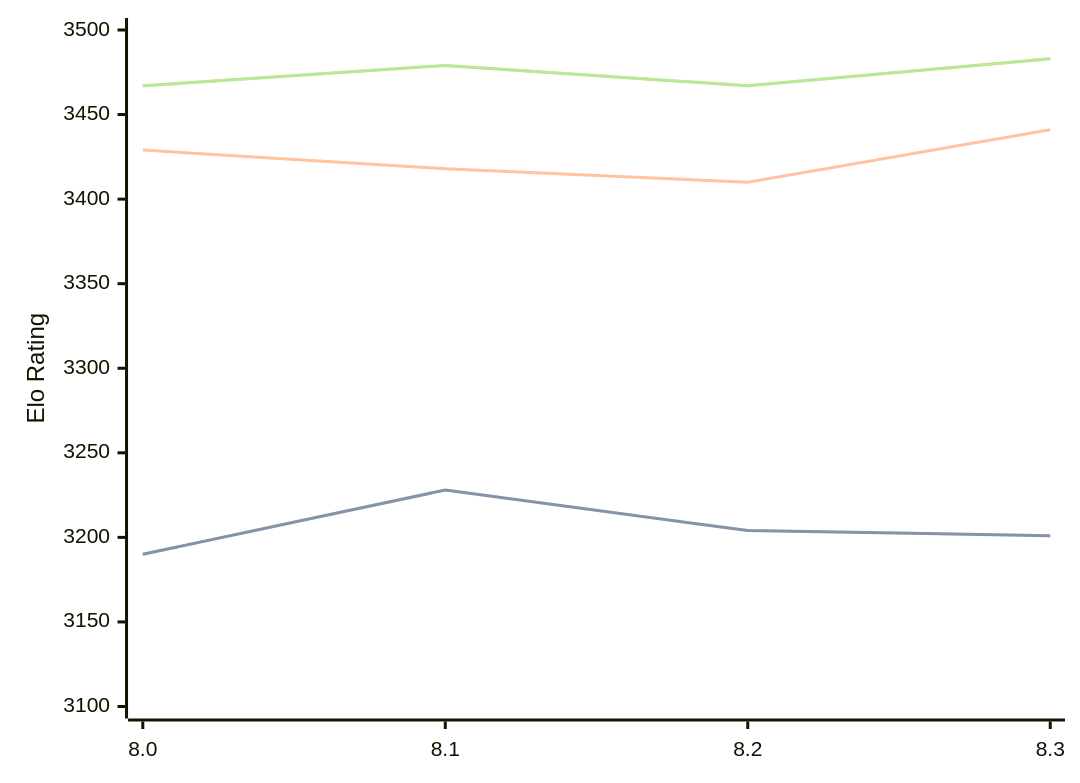
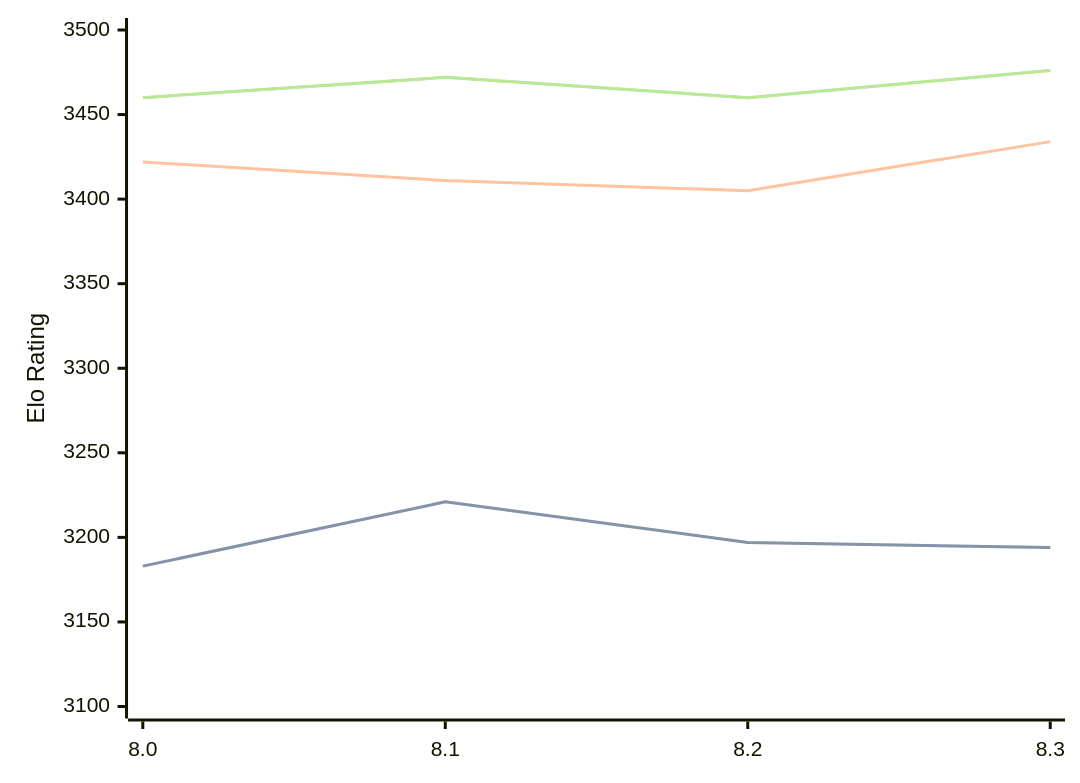
Before and after one commit to computer-chess-index/cci: the diagram in engines/Alexander.md, drawn with Mermaid. The commit also changed other lines of this file, not shown here.

Commit message:
Update CCI Ratings (ELO VLTC) - 2026-05-18

````diff
--- a/engines/Alexander.md
+++ b/engines/Alexander.md
@@ -48,11 +48,11 @@
 ```mermaid
 %%{init: {"theme":"base","themeVariables":{"seriesColors:['#a3a3a3','#222221','#faa371']}}}%%
 xychart-beta
   x-axis ["8.0", "8.1", "8.2", "8.3"]
   y-axis "Elo Rating" 3100 --> 3500
-  line "STC (8.0+0.08s)" [3190, 3228, 3204, 3201]
-  line "STC (8.0+0.08s)" [3190, 3228, 3204, 3201]
-  line "LTC (60.0+0.60s)" [3429, 3418, 3410, 3441]
-  line "VLTC (2m24s+1.12s)" [3467, 3479, 3467, 3483]
-  line "VLTC (2m24s+1.12s)" [3467, 3479, 3467, 3483]
+  line "STC (8.0+0.08s)" [3183, 3221, 3197, 3194]
+  line "STC (8.0+0.08s)" [3183, 3221, 3197, 3194]
+  line "LTC (60.0+0.60s)" [3422, 3411, 3405, 3434]
+  line "VLTC (2m24s+1.12s)" [3460, 3472, 3460, 3476]
+  line "VLTC (2m24s+1.12s)" [3460, 3472, 3460, 3476]
 ```
````
